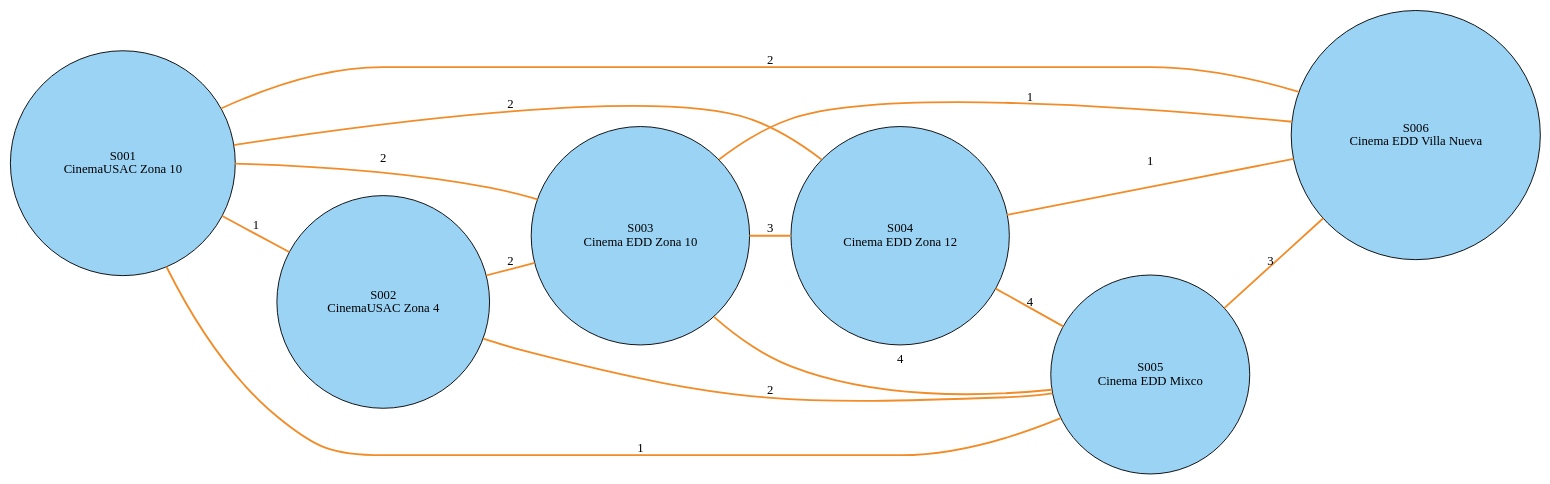
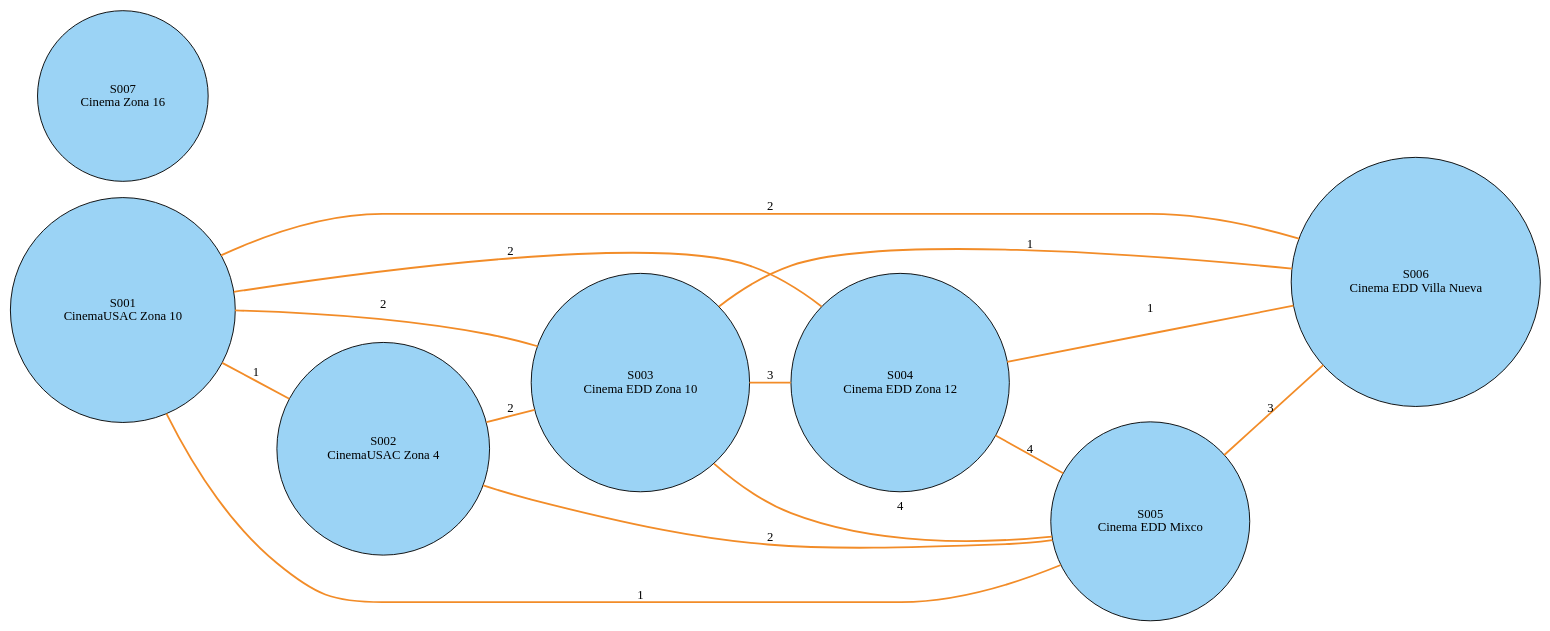
The diagram in FASE_NO2/backend/reporte_grafo_sedes.dot (sergioraulquezel/EDD_2S2026_PY_202401290), drawn with Graphviz before and after one commit. The commit also changed 289 other files, not shown here.

```diff
--- a/FASE_NO2/backend/reporte_grafo_sedes.dot
+++ b/FASE_NO2/backend/reporte_grafo_sedes.dot
@@ -1,1 +1,1 @@
-graph G { rankdir=LR; node [shape=circle,style=filled,fillcolor="#9bd3f5"]; "S001" [label="S001\nCinemaUSAC Zona 10"]; "S002" [label="S002\nCinemaUSAC Zona 4"]; "S003" [label="S003\nCinema EDD Zona 10"]; "S004" [label="S004\nCinema EDD Zona 12"]; "S005" [label="S005\nCinema EDD Mixco"]; "S006" [label="S006\nCinema EDD Villa Nueva"]; "S001" -- "S002" [label="1",color="#f28c28",penwidth=2]; "S001" -- "S003" [label="2",color="#f28c28",penwidth=2]; "S001" -- "S004" [label="2",color="#f28c28",penwidth=2]; "S001" -- "S005" [label="1",color="#f28c28",penwidth=2]; "S001" -- "S006" [label="2",color="#f28c28",penwidth=2]; "S002" -- "S003" [label="2",color="#f28c28",penwidth=2]; "S002" -- "S005" [label="2",color="#f28c28",penwidth=2]; "S003" -- "S004" [label="3",color="#f28c28",penwidth=2]; "S003" -- "S005" [label="4",color="#f28c28",penwidth=2]; "S003" -- "S006" [label="1",color="#f28c28",penwidth=2]; "S004" -- "S005" [label="4",color="#f28c28",penwidth=2]; "S004" -- "S006" [label="1",color="#f28c28",penwidth=2]; "S005" -- "S006" [label="3",color="#f28c28",penwidth=2]; }
+graph G { rankdir=LR; node [shape=circle,style=filled,fillcolor="#9bd3f5"]; "S001" [label="S001\nCinemaUSAC Zona 10"]; "S002" [label="S002\nCinemaUSAC Zona 4"]; "S003" [label="S003\nCinema EDD Zona 10"]; "S004" [label="S004\nCinema EDD Zona 12"]; "S005" [label="S005\nCinema EDD Mixco"]; "S006" [label="S006\nCinema EDD Villa Nueva"]; "S007" [label="S007\nCinema Zona 16"]; "S001" -- "S002" [label="1",color="#f28c28",penwidth=2]; "S001" -- "S003" [label="2",color="#f28c28",penwidth=2]; "S001" -- "S004" [label="2",color="#f28c28",penwidth=2]; "S001" -- "S005" [label="1",color="#f28c28",penwidth=2]; "S001" -- "S006" [label="2",color="#f28c28",penwidth=2]; "S002" -- "S003" [label="2",color="#f28c28",penwidth=2]; "S002" -- "S005" [label="2",color="#f28c28",penwidth=2]; "S003" -- "S004" [label="3",color="#f28c28",penwidth=2]; "S003" -- "S005" [label="4",color="#f28c28",penwidth=2]; "S003" -- "S006" [label="1",color="#f28c28",penwidth=2]; "S004" -- "S005" [label="4",color="#f28c28",penwidth=2]; "S004" -- "S006" [label="1",color="#f28c28",penwidth=2]; "S005" -- "S006" [label="3",color="#f28c28",penwidth=2]; }
```
